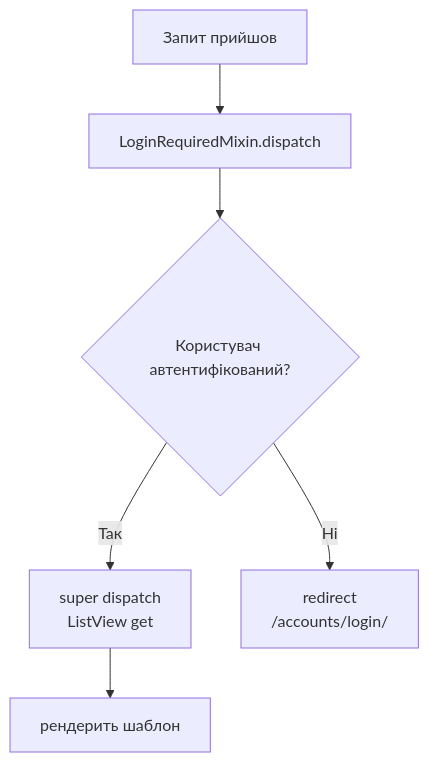
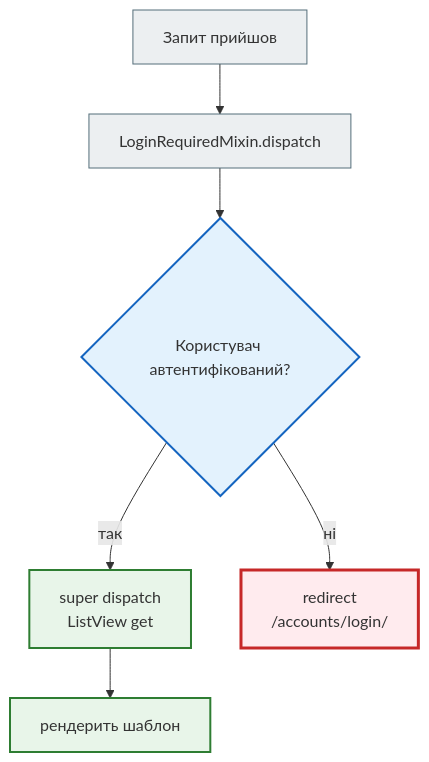
One commit to NikoriakViktot/notes_chat_app changed the third of 3 diagrams in docs/tutorials/03_crud_and_architecture/cbv.md. Above: the diagram before and after it, drawn with Mermaid. The commit also changed other lines of this file and 441 other files, not shown here.

First line of the commit message:
Add English version of the book, Mermaid standard, docs fixes

````diff
--- a/docs/tutorials/03_crud_and_architecture/cbv.md
+++ b/docs/tutorials/03_crud_and_architecture/cbv.md
@@ -431,13 +437,23 @@
 ```mermaid
 flowchart TD
 
     R["Запит прийшов"] --> D["LoginRequiredMixin.dispatch"]
 
     D --> A{"Користувач автентифікований?"}
 
-    A -->|"Так"| C["super dispatch\nListView get"]
+    A -->|"так"| C["super dispatch<br>ListView get"]
 
-    A -->|"Ні"| L["redirect\n/accounts/login/"]
+    A -->|"ні"| L["redirect<br>/accounts/login/"]
 
     C --> T["рендерить шаблон"]
+
+    classDef step     fill:#eceff1,stroke:#546e7a,stroke-width:1px;
+    classDef decision fill:#e3f2fd,stroke:#1565c0,stroke-width:2px;
+    classDef success  fill:#e8f5e9,stroke:#2e7d32,stroke-width:2px;
+    classDef error    fill:#ffebee,stroke:#c62828,stroke-width:3px;
+
+    class R,D step;
+    class A decision;
+    class C,T success;
+    class L error;
 ```
````
